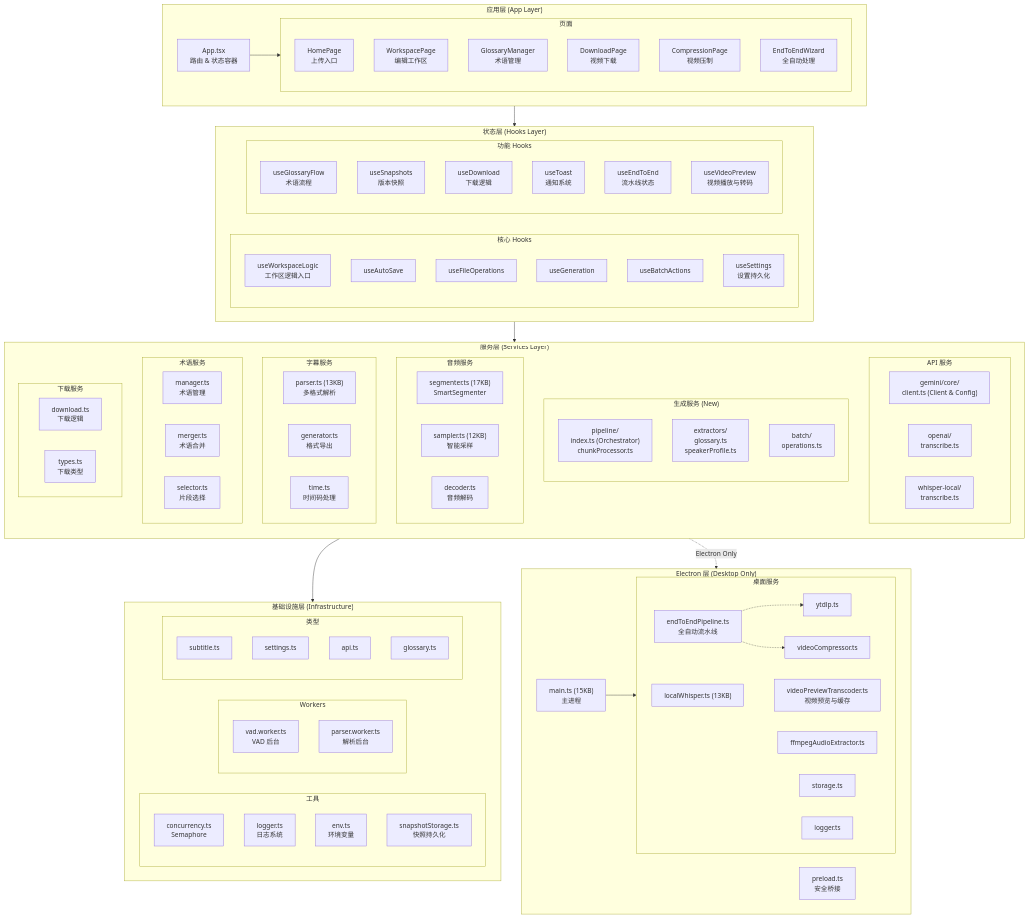
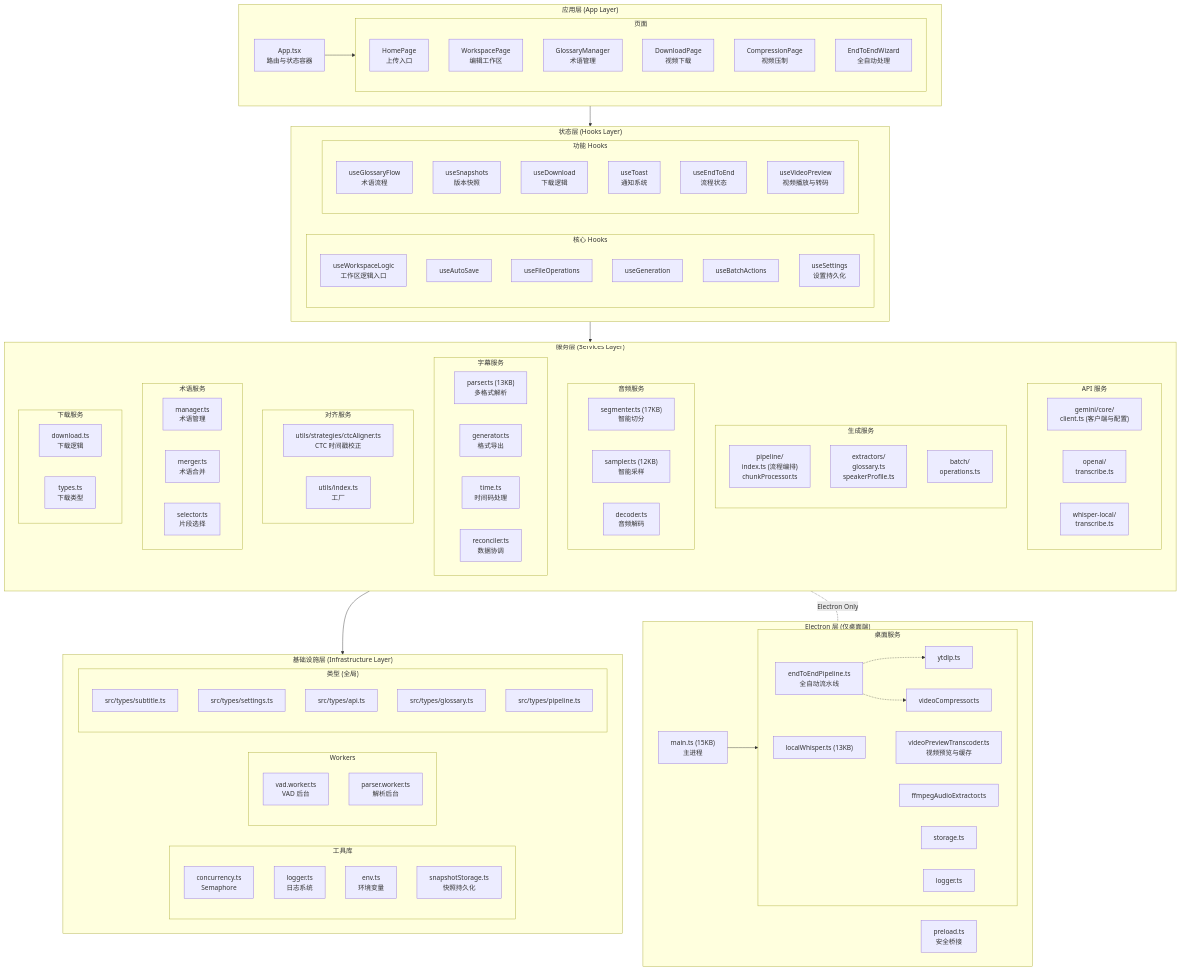
Before and after one commit to corvo007/Gemini-Subtitle-Pro: the second of 15 diagrams in docs/ARCHITECTURE_zh.md, drawn with Mermaid. The commit also changed other lines of this file and 3 other files, not shown here.

First line of the commit message:
docs: update architecture with reconciler and CTC aligner

````diff
--- a/docs/ARCHITECTURE_zh.md
+++ b/docs/ARCHITECTURE_zh.md
@@ -137,7 +137,7 @@
 flowchart TB
     subgraph APP_LAYER["应用层 (App Layer)"]
         direction LR
-        APP["App.tsx<br/>路由 & 状态容器"]
+        APP["App.tsx<br/>路由与状态容器"]
 
         subgraph PAGES["页面"]
             HOME["HomePage<br/>上传入口"]
@@ -168,7 +168,7 @@
             USE_SNAPSHOTS["useSnapshots<br/>版本快照"]
             USE_DOWNLOAD["useDownload<br/>下载逻辑"]
             USE_TOAST["useToast<br/>通知系统"]
-            USE_E2E["useEndToEnd<br/>流水线状态"]
+            USE_E2E["useEndToEnd<br/>流程状态"]
             USE_VIDEO_PREVIEW["useVideoPreview<br/>视频播放与转码"]
         end
     end
@@ -178,21 +178,21 @@
 
         subgraph API_SVC["API 服务"]
             direction LR
-            GEMINI_CORE["gemini/core/<br/>client.ts (Client & Config)"]
+            GEMINI_CORE["gemini/core/<br/>client.ts (客户端与配置)"]
             OPENAI_SVC2["openai/<br/>transcribe.ts"]
             WHISPER_SVC["whisper-local/<br/>transcribe.ts"]
         end
 
-        subgraph GENERATION_SVC["生成服务 (New)"]
+        subgraph GENERATION_SVC["生成服务"]
             direction TB
-            PIPELINE["pipeline/<br/>index.ts (Orchestrator)<br/>chunkProcessor.ts"]
+            PIPELINE["pipeline/<br/>index.ts (流程编排)<br/>chunkProcessor.ts"]
             EXTRACTORS["extractors/<br/>glossary.ts<br/>speakerProfile.ts"]
             BATCH_OPS["batch/<br/>operations.ts"]
         end
 
         subgraph AUDIO_SVC["音频服务"]
             direction LR
-            SEGMENTER_SVC["segmenter.ts (17KB)<br/>SmartSegmenter"]
+            SEGMENTER_SVC["segmenter.ts (17KB)<br/>智能切分"]
             SAMPLER_SVC["sampler.ts (12KB)<br/>智能采样"]
             DECODER_SVC["decoder.ts<br/>音频解码"]
         end
@@ -202,6 +202,13 @@
             PARSER_SVC["parser.ts (13KB)<br/>多格式解析"]
             GENERATOR_SVC["generator.ts<br/>格式导出"]
             TIME_SVC["time.ts<br/>时间码处理"]
+            RECONCILER_SVC["reconciler.ts<br/>数据协调"]
+        end
+
+        subgraph ALIGNMENT_SVC["对齐服务"]
+            direction LR
+            AL_STRATEGY["utils/strategies/ctcAligner.ts<br/>CTC 时间戳校正"]
+            AL_IDX["utils/index.ts<br/>工厂"]
         end
 
         subgraph GLOSSARY_SVC["术语服务"]
@@ -218,10 +225,10 @@
         end
     end
 
-    subgraph INFRA_LAYER["基础设施层 (Infrastructure)"]
+    subgraph INFRA_LAYER["基础设施层 (Infrastructure Layer)"]
         direction LR
 
-        subgraph UTILS["工具"]
+        subgraph UTILS["工具库"]
             CONCURRENCY["concurrency.ts<br/>Semaphore"]
             LOGGER["logger.ts<br/>日志系统"]
             ENV["env.ts<br/>环境变量"]
@@ -233,15 +240,16 @@
             PARSER_WORKER["parser.worker.ts<br/>解析后台"]
         end
 
-        subgraph TYPES_GROUP["类型"]
-            SUBTITLE_TYPE["subtitle.ts"]
-            SETTINGS_TYPE["settings.ts"]
-            API_TYPE["api.ts"]
-            GLOSSARY_TYPE["glossary.ts"]
+        subgraph TYPES_GROUP["类型 (全局)"]
+            SUBTITLE_TYPE["src/types/subtitle.ts"]
+            SETTINGS_TYPE["src/types/settings.ts"]
+            API_TYPE["src/types/api.ts"]
+            GLOSSARY_TYPE["src/types/glossary.ts"]
+            PIPELINE_TYPE["src/types/pipeline.ts"]
         end
     end
 
-    subgraph ELECTRON_LAYER["Electron 层 (Desktop Only)"]
+    subgraph ELECTRON_LAYER["Electron 层 (仅桌面端)"]
         direction LR
         MAIN_PROCESS["main.ts (15KB)<br/>主进程"]
         PRELOAD_SCRIPT["preload.ts<br/>安全桥接"]
@@ -266,5 +274,5 @@
     APP_LAYER --> HOOKS_LAYER
     HOOKS_LAYER --> SERVICES_LAYER
     SERVICES_LAYER --> INFRA_LAYER
-    SERVICES_LAYER -.->|"Electron Only"| ELECTRON_LAYER
+    SERVICES_LAYER -.-|"Electron Only"| ELECTRON_LAYER
 ```
````
